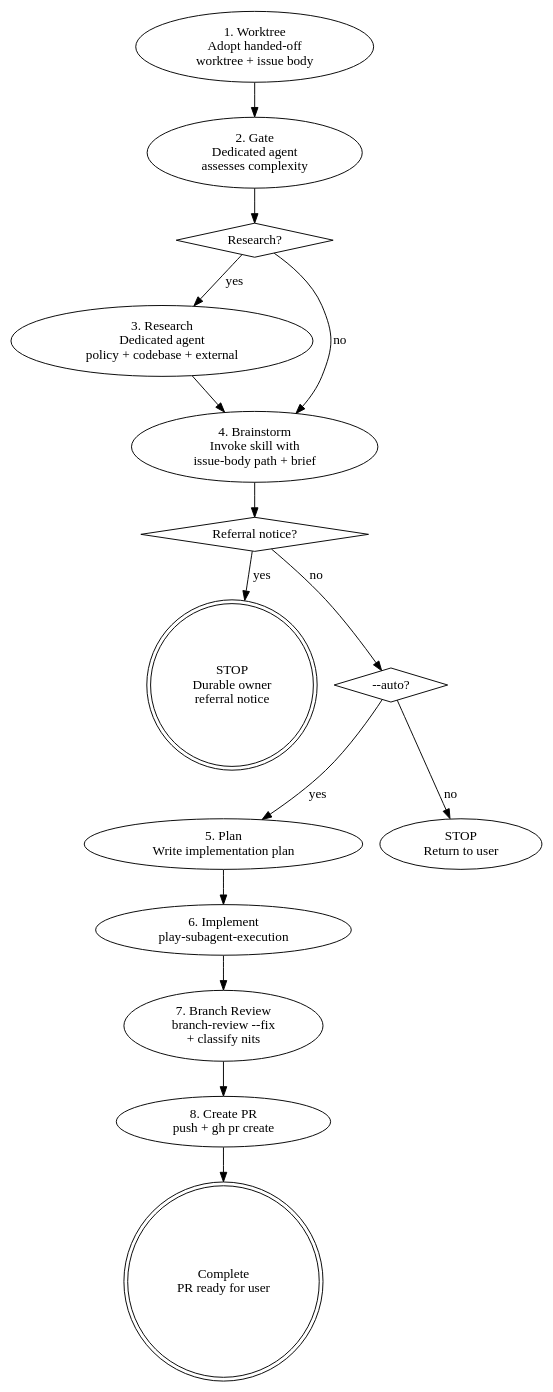
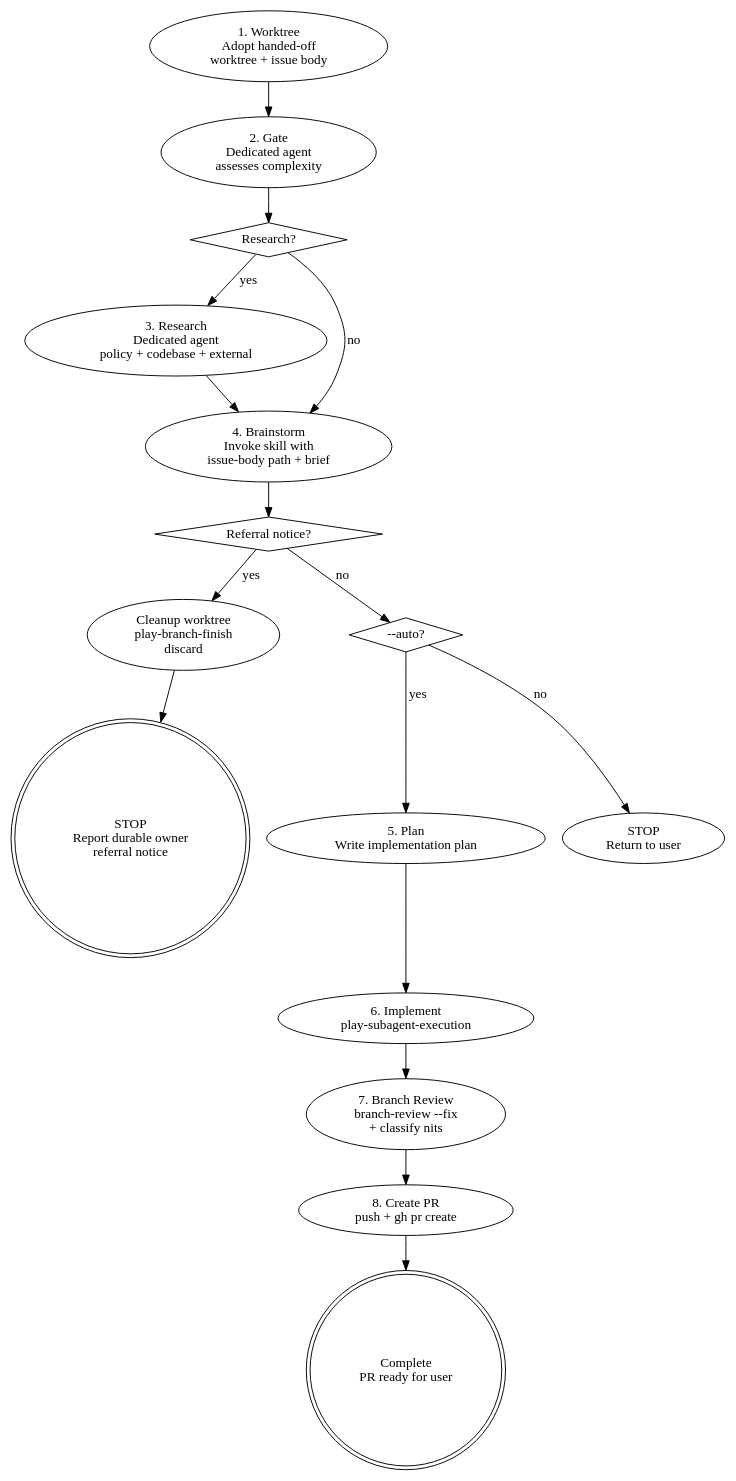
One commit to ryumiel/devcanon changed the diagram in skills/issue-priming-workflow/references/workflow-diagram.md. Above: the diagram before and after it, drawn with Graphviz. The commit also changed 2 other files, not shown here.

Commit message:
docs(skills): clean up referral stop worktrees

````diff
--- a/skills/issue-priming-workflow/references/workflow-diagram.md
+++ b/skills/issue-priming-workflow/references/workflow-diagram.md
@@ -6,30 +6,32 @@
 ```dot
 digraph priming {
   rankdir=TB;
   worktree [label="1. Worktree\nAdopt handed-off\nworktree + issue body"];
   gate [label="2. Gate\nDedicated agent\nassesses complexity"];
   decide [label="Research?", shape=diamond];
   research [label="3. Research\nDedicated agent\npolicy + codebase + external"];
   brainstorm [label="4. Brainstorm\nInvoke skill with\nissue-body path + brief"];
   referral_check [label="Referral notice?", shape=diamond];
-  referral [label="STOP\nDurable owner\nreferral notice", shape=doublecircle];
+  cleanup [label="Cleanup worktree\nplay-branch-finish\ndiscard"];
+  referral [label="STOP\nReport durable owner\nreferral notice", shape=doublecircle];
   auto_check [label="--auto?", shape=diamond];
   plan [label="5. Plan\nWrite implementation plan"];
   implement [label="6. Implement\nplay-subagent-execution"];
   stop_interactive [label="STOP\nReturn to user"];
 
   worktree -> gate -> decide;
   decide -> research [label="yes"];
   decide -> brainstorm [label="no"];
   research -> brainstorm;
   brainstorm -> referral_check;
-  referral_check -> referral [label="yes"];
+  referral_check -> cleanup [label="yes"];
+  cleanup -> referral;
   referral_check -> auto_check [label="no"];
   auto_check -> plan [label="yes"];
   auto_check -> stop_interactive [label="no"];
   plan -> implement -> review -> create_pr -> done;
   review [label="7. Branch Review\nbranch-review --fix\n+ classify nits"];
   create_pr [label="8. Create PR\npush + gh pr create"];
   done [label="Complete\nPR ready for user", shape=doublecircle];
 }
 ```
````
